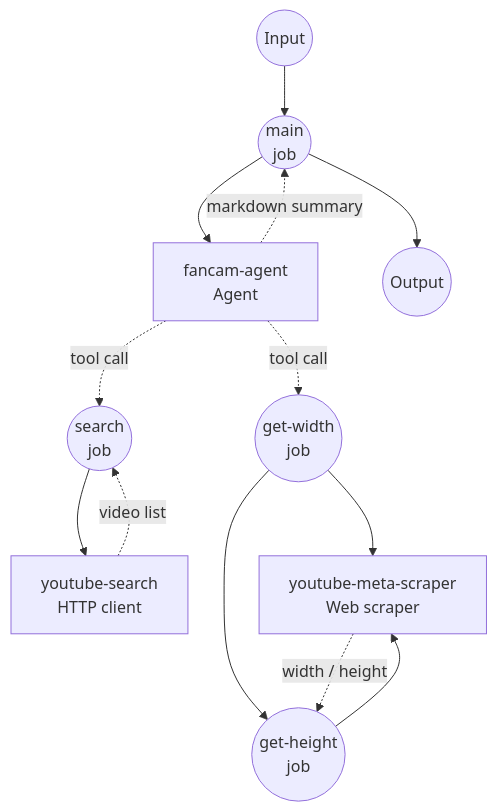
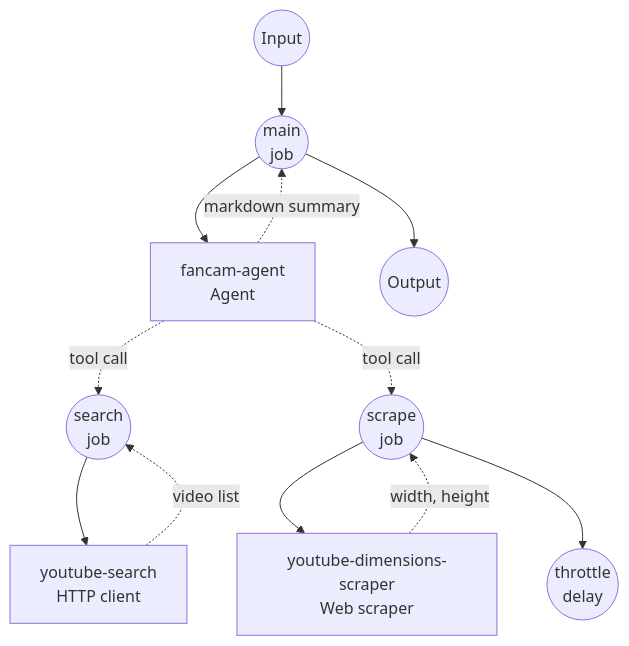
One commit to hanyeol/model-compose changed the diagram in examples/agents/kpop-fancam-collector/README.md. Above: the diagram before and after it, drawn with Mermaid. The commit also changed other lines of this file and 3 other files, not shown here.

````diff
--- a/examples/agents/kpop-fancam-collector/README.md
+++ b/examples/agents/kpop-fancam-collector/README.md
@@ -141,31 +142,30 @@
 ```mermaid
 graph TD
     %% Jobs (circles)
     JM((main<br/>job))
     JS((search<br/>job))
-    JW((get-width<br/>job))
-    JH((get-height<br/>job))
+    JD((scrape<br/>job))
+    JT((throttle<br/>delay))
 
     %% Components (rectangles)
     CA[fancam-agent<br/>Agent]
     CS[youtube-search<br/>HTTP client]
-    CM[youtube-meta-scraper<br/>Web scraper]
+    CD[youtube-dimensions-scraper<br/>Web scraper]
 
     %% main workflow
     Input((Input)) --> JM
     JM --> CA
     CA -.-> |markdown summary| JM
     JM --> Output((Output))
 
     %% search-fancams (agent tool)
     CA -.-> |tool call| JS
     JS --> CS
     CS -.-> |video list| JS
 
     %% get-video-dimensions (agent tool)
-    CA -.-> |tool call| JW
-    JW --> CM
-    JW --> JH
-    JH --> CM
-    CM -.-> |width / height| JH
+    CA -.-> |tool call| JD
+    JD --> CD
+    CD -.-> |width, height| JD
+    JD --> JT
 ```
````
